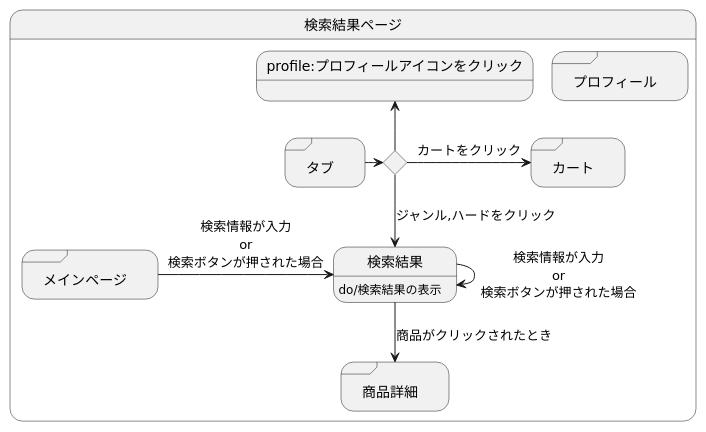
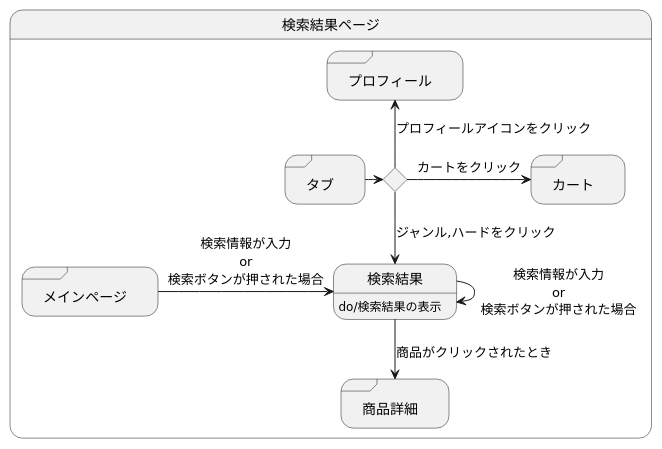
One commit to akutori/T-D-E changed the diagram in 検索結果.md. Above: the diagram before and after it, drawn with PlantUML.

Commit message:
修正

````diff
--- a/検索結果.md
+++ b/検索結果.md
@@ -1,24 +1,24 @@
 ```uml
 @startuml
 state 検索結果ページ{
 
     state ifinput <<choice>>
     state 検索結果:do/検索結果の表示
     state "商品詳細" as goodsdetail <<sdlreceive>>
     state "メインページ" as mainpage <<sdlreceive>>
     state "タブ" as tab <<sdlreceive>>
     state "カート" as cart <<sdlreceive>>
     state "プロフィール" as profile <<sdlreceive>>
 
     mainpage -> 検索結果 :検索情報が入力\nor\n検索ボタンが押された場合
     検索結果 --> goodsdetail :商品がクリックされたとき
     tab -> ifinput 
     ifinput --> 検索結果 :ジャンル,ハードをクリック
     ifinput -> cart :カートをクリック
-    ifinput -up-> profile:プロフィールアイコンをクリック
+    ifinput -up-> profile :プロフィールアイコンをクリック
     検索結果 --> 検索結果 :検索情報が入力\nor\n検索ボタンが押された場合
 
 }
 
 @enduml
 ```
````
